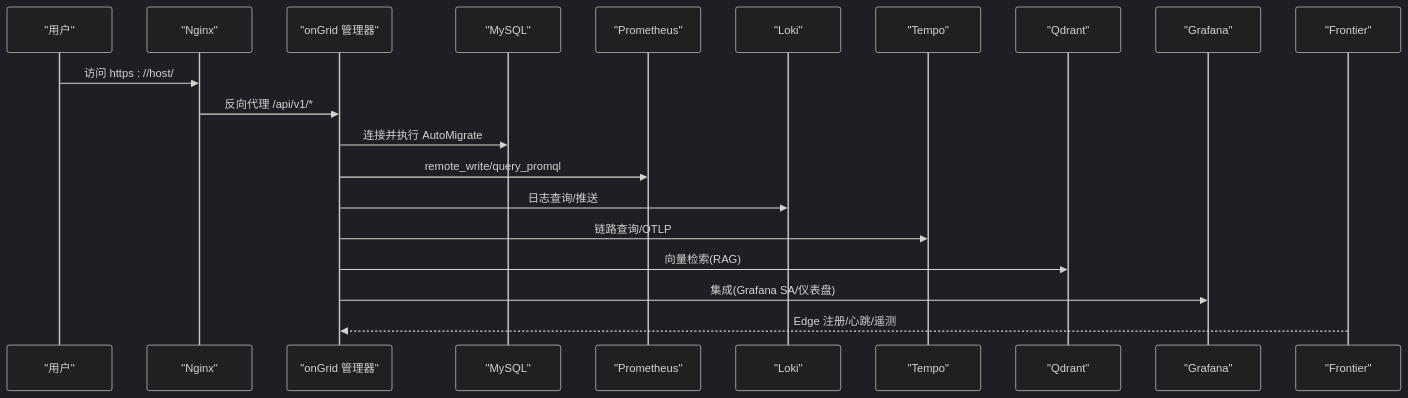
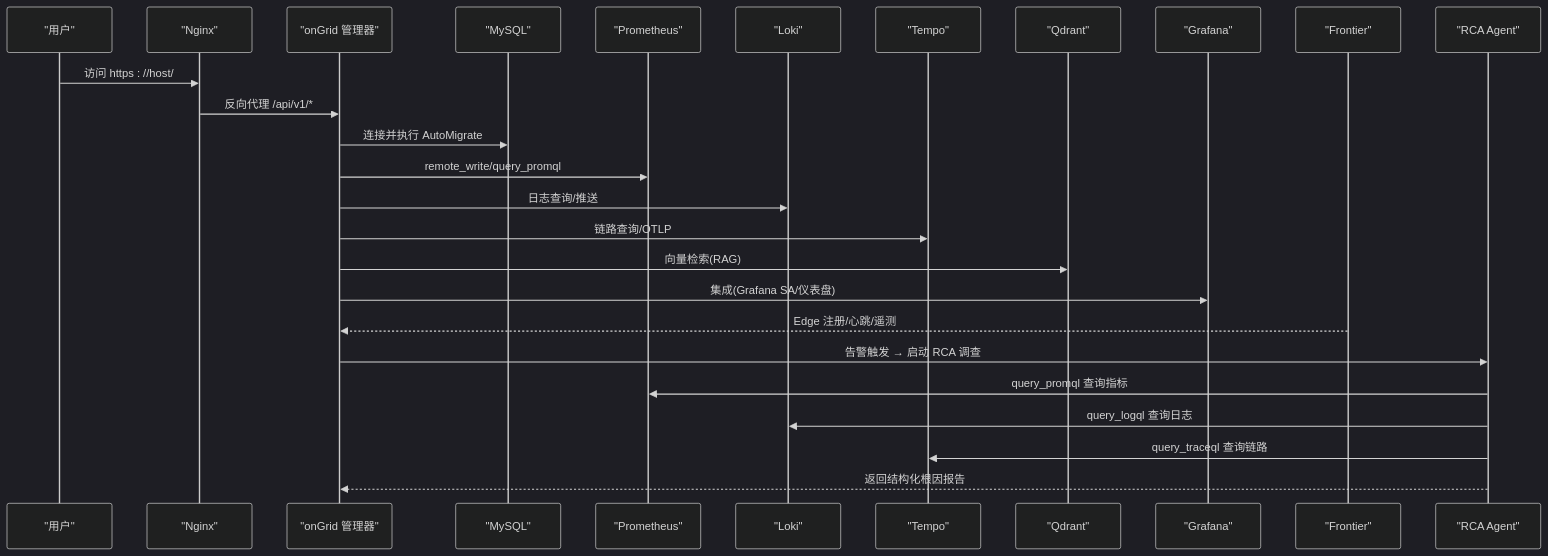
Before and after one commit to xied1133-oss/ongrid: the second of 4 diagrams in .qoder/repowiki/zh/content/快速开始.md, drawn with Mermaid (dark theme). The commit also changed other lines of this file and 30 other files, not shown here.

````diff
--- a/.qoder/repowiki/zh/content/快速开始.md
+++ b/.qoder/repowiki/zh/content/快速开始.md
@@ -92,22 +110,28 @@
 ```mermaid
 sequenceDiagram
 participant U as "用户"
 participant N as "Nginx"
 participant M as "onGrid 管理器"
 participant DB as "MySQL"
 participant P as "Prometheus"
 participant L as "Loki"
 participant T as "Tempo"
 participant Q as "Qdrant"
 participant G as "Grafana"
 participant F as "Frontier"
+participant R as "RCA Agent"
 U->>N : 访问 https : //host/
 N->>M : 反向代理 /api/v1/*
 M->>DB : 连接并执行 AutoMigrate
 M->>P : remote_write/query_promql
 M->>L : 日志查询/推送
 M->>T : 链路查询/OTLP
 M->>Q : 向量检索(RAG)
 M->>G : 集成(Grafana SA/仪表盘)
 F-->>M : Edge 注册/心跳/遥测
+M->>R : 告警触发 → 启动 RCA 调查
+R->>P : query_promql 查询指标
+R->>L : query_logql 查询日志
+R->>T : query_traceql 查询链路
+R-->>M : 返回结构化根因报告
 ```
````
